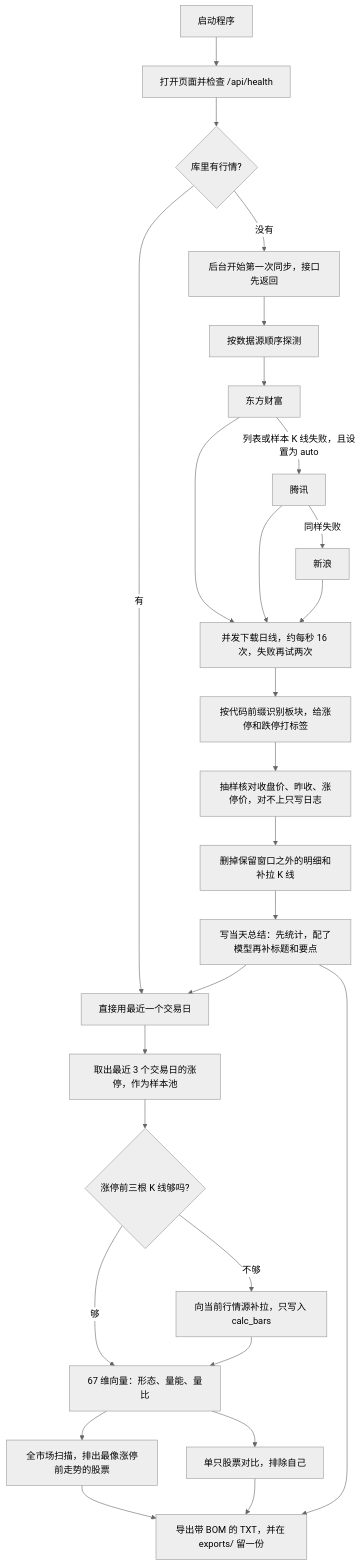
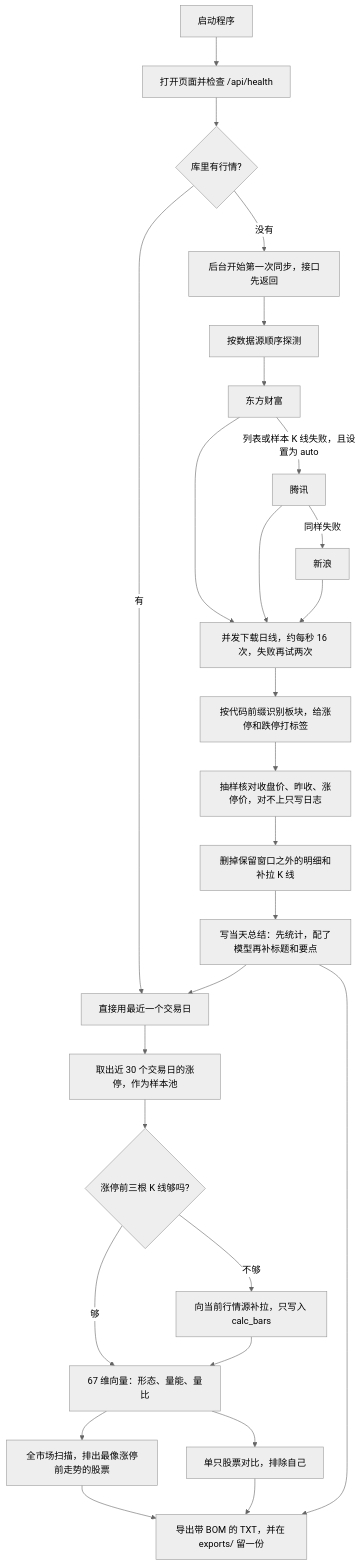
One commit to peekaboo789/limit-pattern changed the first of 2 diagrams in README.md. Above: the diagram before and after it, drawn with Mermaid (neutral theme). The commit also changed other lines of this file and 34 other files, not shown here.

````diff
--- a/README.md
+++ b/README.md
@@ -34,29 +34,29 @@
 ```mermaid
 flowchart TD
   start["启动程序"] --> health["打开页面并检查 /api/health"]
   health --> empty{"库里有行情?"}
   empty -->|没有| first["后台开始第一次同步，接口先返回"]
   empty -->|有| ready["直接用最近一个交易日"]
   first --> choose["按数据源顺序探测"]
   choose --> em["东方财富"]
   em -->|列表或样本 K 线失败，且设置为 auto| tx["腾讯"]
   tx -->|同样失败| sina["新浪"]
   em --> pull["并发下载日线，约每秒 16 次，失败再试两次"]
   tx --> pull
   sina --> pull
   pull --> label["按代码前缀识别板块，给涨停和跌停打标签"]
   label --> cross["抽样核对收盘价、昨收、涨停价，对不上只写日志"]
   cross --> purge["删掉保留窗口之外的明细和补拉 K 线"]
   purge --> summary["写当天总结：先统计，配了模型再补标题和要点"]
   summary --> ready
-  ready --> pool["取出最近 3 个交易日的涨停，作为样本池"]
+  ready --> pool["取出近 30 个交易日的涨停，作为样本池"]
   pool --> gap{"涨停前三根 K 线够吗?"}
   gap -->|不够| fill["向当前行情源补拉，只写入 calc_bars"]
   gap -->|够| score["67 维向量：形态、量能、量比"]
   fill --> score
   score --> scan["全市场扫描，排出最像涨停前走势的股票"]
   score --> one["单只股票对比，排除自己"]
   scan --> export["导出带 BOM 的 TXT，并在 exports/ 留一份"]
   one --> export
   summary --> export
 ```
````
